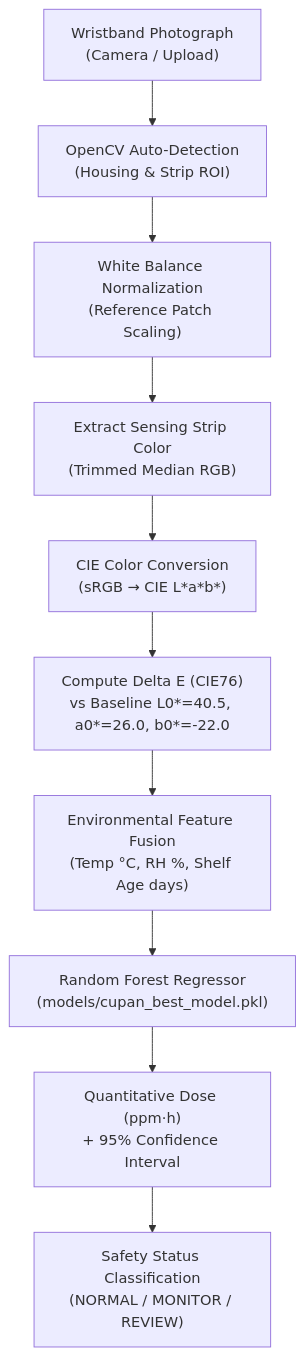
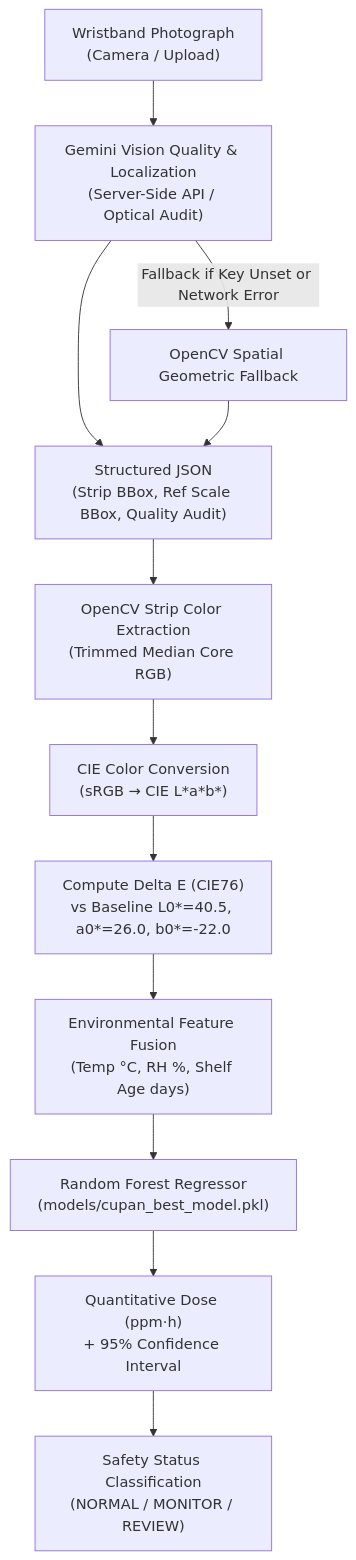
One commit to Reya-Doshi/118 changed the diagram in README_IMAGE_ANALYSIS.md. Above: the diagram before and after it, drawn with Mermaid. The commit also changed other lines of this file and 5 other files, not shown here.

Commit message:
feat(ai): integrate Gemini Vision quality audit & localization service with strict security boundaries

````diff
--- a/README_IMAGE_ANALYSIS.md
+++ b/README_IMAGE_ANALYSIS.md
@@ -13,12 +13,14 @@
 ```mermaid
 graph TD
-    A["Wristband Photograph<br/>(Camera / Upload)"] --> B["OpenCV Auto-Detection<br/>(Housing & Strip ROI)"]
-    B --> C["White Balance Normalization<br/>(Reference Patch Scaling)"]
-    C --> D["Extract Sensing Strip Color<br/>(Trimmed Median RGB)"]
+    A["Wristband Photograph<br/>(Camera / Upload)"] --> B["Gemini Vision Quality & Localization<br/>(Server-Side API / Optical Audit)"]
+    B -->|Fallback if Key Unset or Network Error| B_fallback["OpenCV Spatial Geometric Fallback"]
+    B --> C["Structured JSON<br/>(Strip BBox, Ref Scale BBox, Quality Audit)"]
+    B_fallback --> C
+    C --> D["OpenCV Strip Color Extraction<br/>(Trimmed Median Core RGB)"]
     D --> E["CIE Color Conversion<br/>(sRGB → CIE L*a*b*)"]
     E --> F["Compute Delta E (CIE76)<br/>vs Baseline L0*=40.5, a0*=26.0, b0*=-22.0"]
     F --> G["Environmental Feature Fusion<br/>(Temp °C, RH %, Shelf Age days)"]
     G --> H["Random Forest Regressor<br/>(models/cupan_best_model.pkl)"]
     H --> I["Quantitative Dose (ppm·h)<br/>+ 95% Confidence Interval"]
     I --> J["Safety Status Classification<br/>(NORMAL / MONITOR / REVIEW)"]
 ```
````
